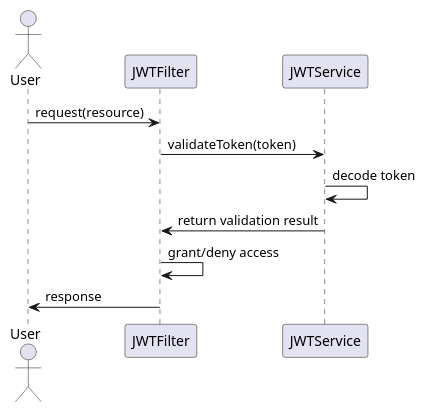
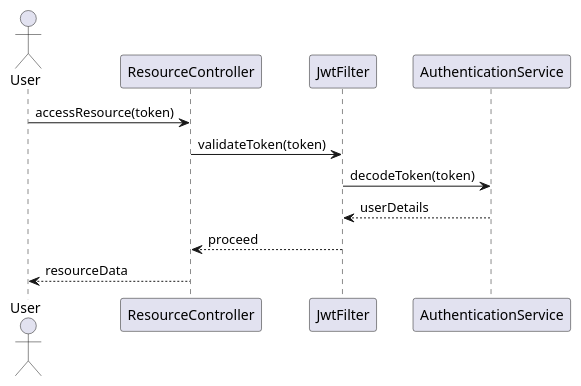
Before and after one commit to Dinesh-s95/AutoDoc.ai: the third of 4 diagrams in enrollment/documentation/detaileddesign.adoc, drawn with PlantUML. The commit also changed other lines of this file and 4 other files, not shown here.

```diff
--- a/enrollment/documentation/detaileddesign.adoc
+++ b/enrollment/documentation/detaileddesign.adoc
@@ -229,15 +218,16 @@
-[plantuml, jwt-validation-flow, png]
+[plantuml, jwt-validation-sequence, png]
 ----
 @startuml
-actor "User" as U
-participant "JWTFilter" as JF
-participant "JWTService" as JS
+actor User as user
+participant "ResourceController" as resource
+participant "JwtFilter" as jwtFilter
+participant "AuthenticationService" as authService
 
-U -> JF : request(resource)
-JF -> JS : validateToken(token)
-JS -> JS : decode token
-JS -> JF : return validation result
-JF -> JF : grant/deny access
-JF -> U : response
+user -> resource : accessResource(token)
+resource -> jwtFilter : validateToken(token)
+jwtFilter -> authService : decodeToken(token)
+authService --> jwtFilter : userDetails
+jwtFilter --> resource : proceed
+resource --> user : resourceData
 @enduml
 ----
```
